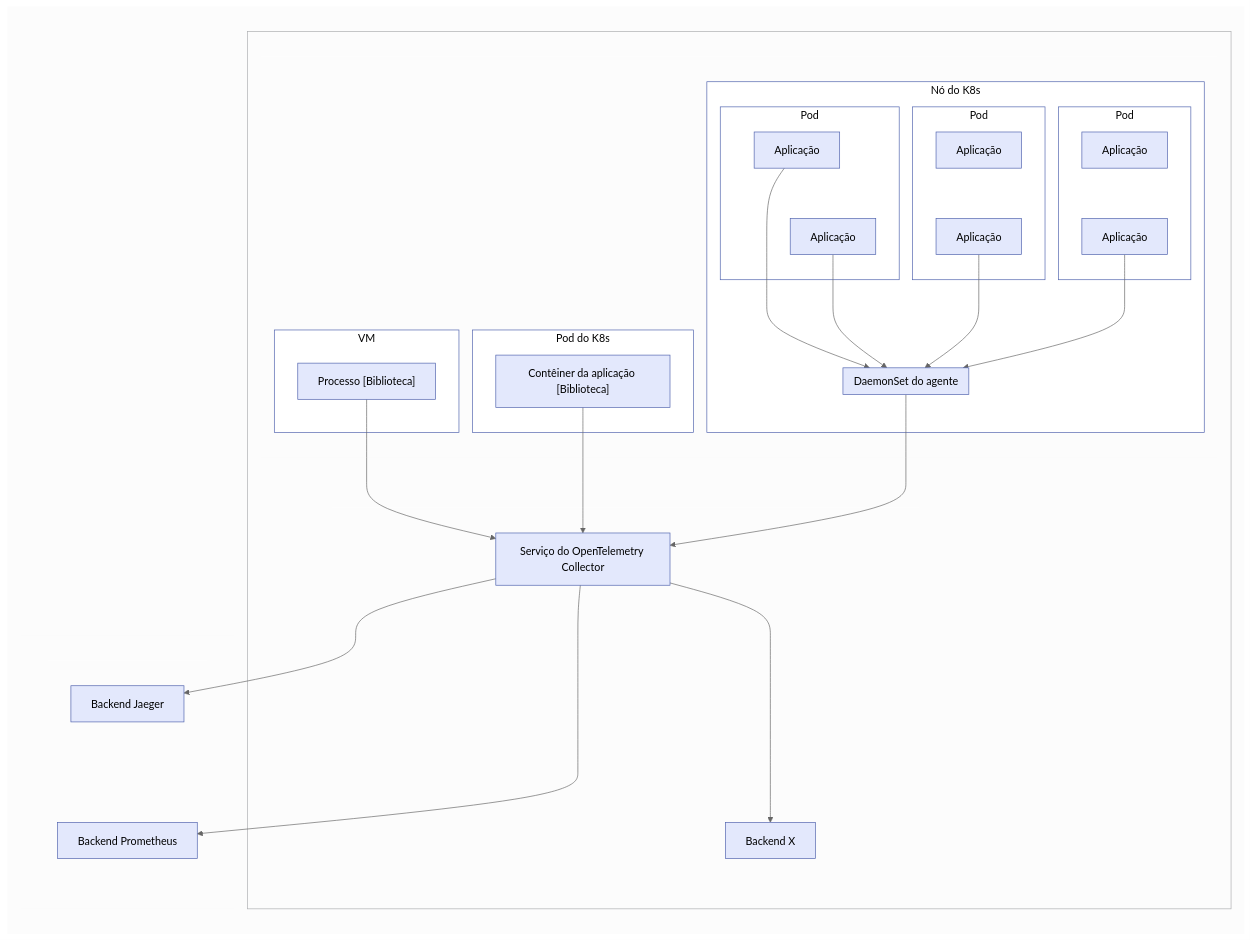
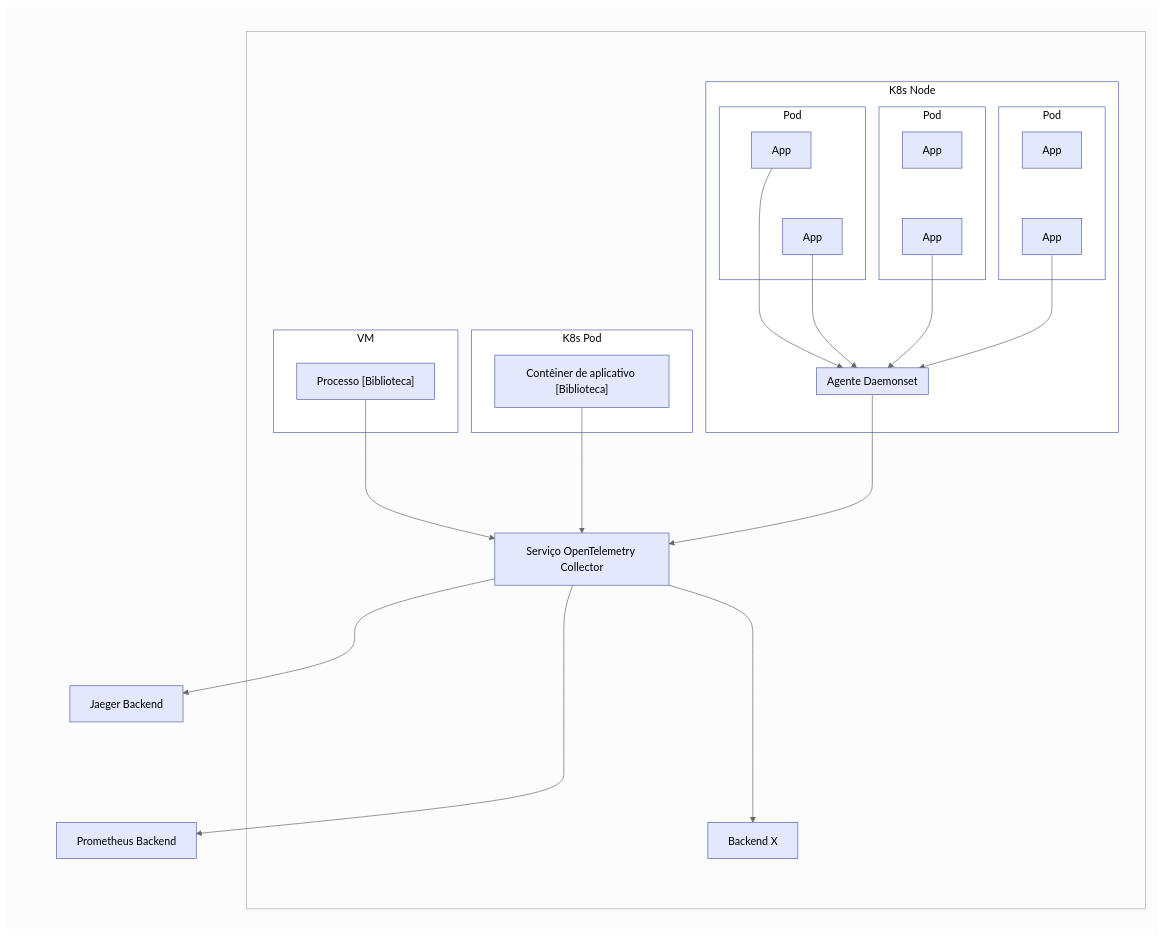
Before and after one commit to open-telemetry/opentelemetry.io: the seventh of 7 diagrams in content/pt/docs/collector/architecture.md, drawn with Mermaid (neutral theme). The commit also changed other lines of this file, not shown here.

Commit message:
GH-9427: narrow Portuguese architecture drift fix

````diff
--- a/content/pt/docs/collector/architecture.md
+++ b/content/pt/docs/collector/architecture.md
@@ -363,58 +364,58 @@
 ```mermaid
 flowchart LR
   subgraph S1 ["#nbsp;"]
       subgraph S2 ["#nbsp;"]
         subgraph S3 ["#nbsp;"]
           subgraph VM [VM]
               PR["Processo [Biblioteca]"]
           end
-          subgraph K8s-pod [Pod do K8s]
-              AC["Contêiner da aplicação [Biblioteca]"]
+          subgraph K8s-pod [K8s Pod]
+              AC["`Contêiner de aplicativo [Biblioteca]`"]
           end
-          subgraph K8s-node [Nó do K8s]
+          subgraph K8s-node [K8s Node]
               subgraph Pod1 [Pod]
-                  APP1[Aplicação] ~~~ APP2[Aplicação]
+                  APP1[App] ~~~ APP2[App]
               end
               subgraph Pod2 [Pod]
-                  APP3[Aplicação] ~~~ APP4[Aplicação]
+                  APP3[App] ~~~ APP4[App]
               end
               subgraph Pod3 [Pod]
-                  APP5[Aplicação] ~~~ APP6[Aplicação]
+                  APP5[App] ~~~ APP6[App]
               end
-              subgraph AD [DaemonSet do agente]
+              subgraph AD [Agente Daemonset]
               end
               APP1 --> AD
               APP2 --> AD
               APP4 --> AD
               APP6 --> AD
           end
         end
         subgraph S4 ["#nbsp;"]
-            PR --> OTEL["Serviço do OpenTelemetry Collector"]
+            PR --> OTEL["`Serviço OpenTelemetry Collector`"]
             AC --> OTEL
             AD --> OTEL
             OTEL ---> BE[Backend X]
         end
       end
       subgraph S5 ["#nbsp;"]
         subgraph S6 ["#nbsp;"]
-            JA[Backend Jaeger]
+            JA[Jaeger Backend]
         end
         subgraph S7 ["#nbsp;"]
-            PRM[Backend Prometheus]
+            PRM[Prometheus Backend]
         end
       end
       JA ~~~ PRM
       OTEL --> JA
       OTEL --> PRM
   end
 
 class S1,S3,S4,S5,S6,S7,S8 noLines;
 class VM,K8s-pod,K8s-node,Pod1,Pod2,Pod3 withLines;
 class S2 lightLines
 class PR,AC,APP1,APP2,APP3,APP4,APP5,APP6,AD,OTEL,BE,JA,PRM nodeStyle
 classDef noLines stroke-width:0px,color:#000000;
 classDef withLines fill:#fff,stroke:#4f62ad,color:#000000;
 classDef lightLines stroke:#acaeb0,color:#000000;
 classDef nodeStyle fill:#e3e8fc,stroke:#4f62ad,color:#000000;
 ```
````
